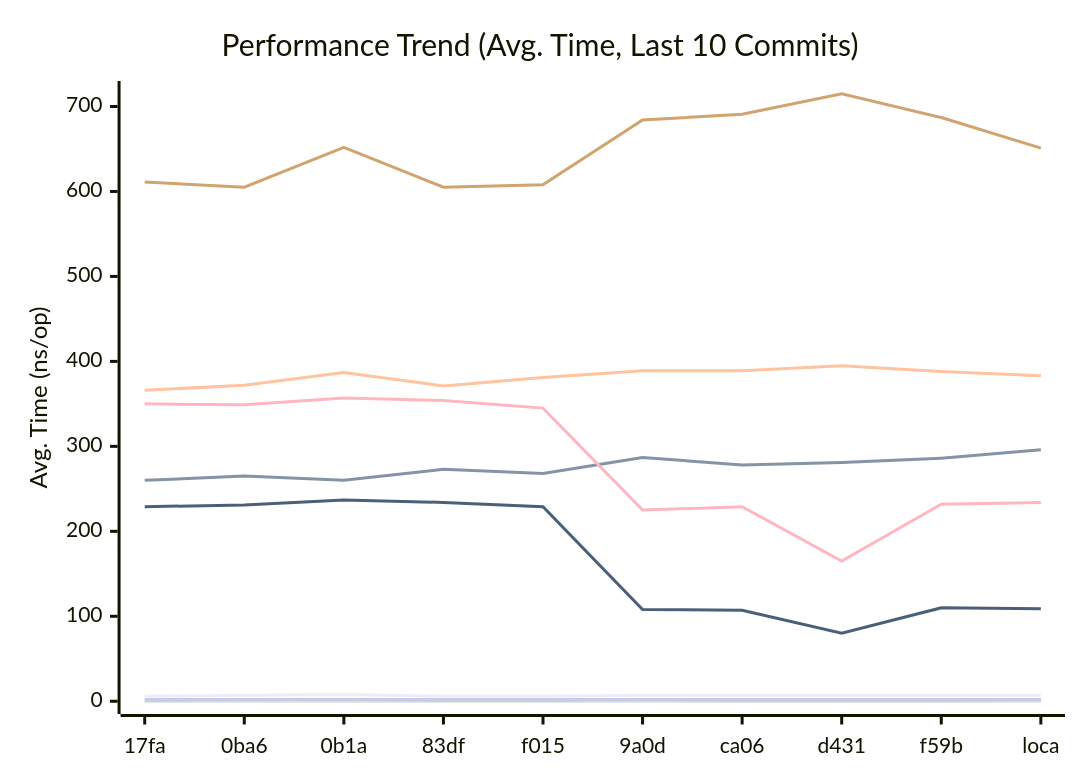
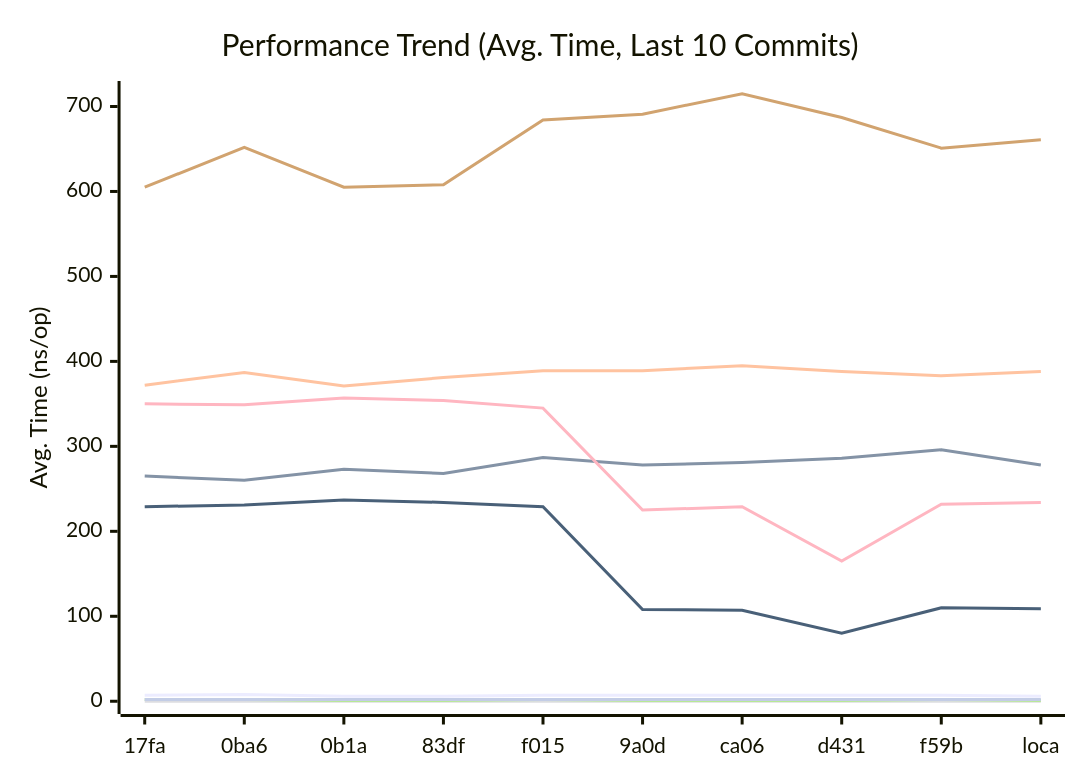
Before and after one commit to alsotoes/momo: the first of 3 diagrams in docs/PERFORMANCE.md, drawn with Mermaid. The commit also changed other lines of this file and 2 other files, not shown here.

````diff
--- a/docs/PERFORMANCE.md
+++ b/docs/PERFORMANCE.md
@@ -80,16 +80,16 @@
 ```mermaid
 xychart-beta
     title "Performance Trend (Avg. Time, Last 10 Commits)"
     x-axis "Commit"
     y-axis "Avg. Time (ns/op)"
     x-axis [17fa,0ba6,0b1a,83df,f015,9a0d,ca06,d431,f59b,loca]
-    line "CheckMetricsAndSwap" [6,7,8,6,6,7,7,7,7,7]
-    line "CrushOptimized" [260,265,260,273,268,287,278,281,286,296]
-    line "CrushOriginal" [366,372,387,371,381,389,389,395,388,383]
+    line "CheckMetricsAndSwap" [7,8,6,6,7,7,7,7,7,6]
+    line "CrushOptimized" [265,260,273,268,287,278,281,286,296,278]
+    line "CrushOriginal" [372,387,371,381,389,389,395,388,383,388]
     line "IndexDirectTracking" [0,0,0,0,0,0,0,0,0,0]
-    line "IndexSearch" [1,2,2,1,1,2,1,1,1,2]
-    line "LoadGlobalConfig" [611,605,652,605,608,684,691,715,687,651]
+    line "IndexSearch" [2,2,1,1,2,1,1,1,2,1]
+    line "LoadGlobalConfig" [605,652,605,608,684,691,715,687,651,661]
     line "PadString" [2,2,2,2,2,2,2,2,2,2]
     line "ParseReplicationOrder_NoPrealloc" [350,349,357,354,345,225,229,165,232,234]
     line "ParseReplicationOrder_Prealloc" [229,231,237,234,229,108,107,80,110,109]
 ```
````
